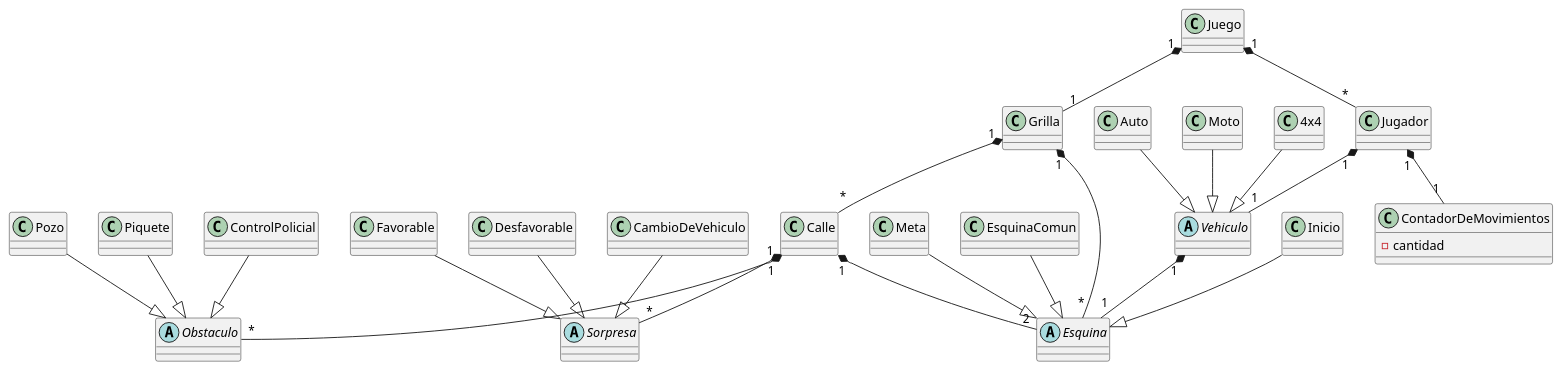
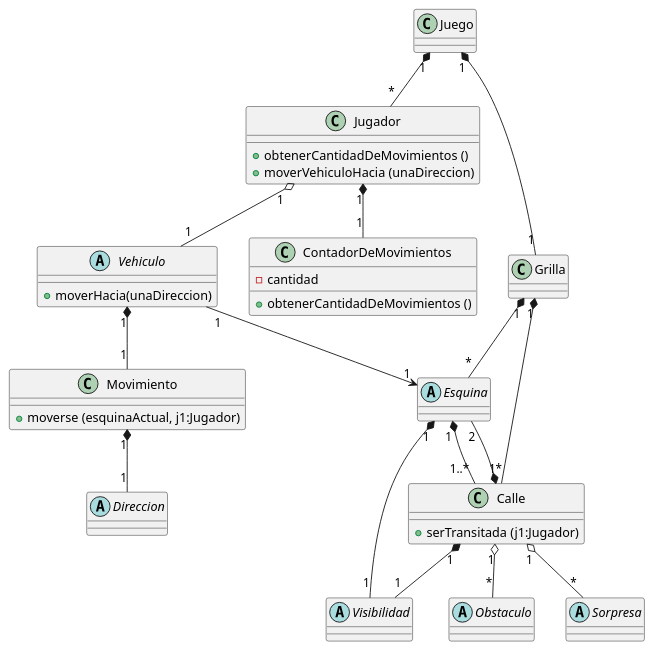
Before and after one commit to FacundoBaez1994/Algo3Tp2: the first of 2 diagrams in diagrams/classes/DiagramaDeClasesGeneral.puml, drawn with PlantUML. The commit also changed 9 other files, not shown here.

Commit message:
Pre-Entrega cero - diagramas UML

```diff
--- a/diagrams/classes/DiagramaDeClasesGeneral.puml
+++ b/diagrams/classes/DiagramaDeClasesGeneral.puml
@@ -1,64 +1,61 @@
 @startuml
 'Una moto atraviesa la grilla sin obstáculos y la cantidad de movimientos es X
-abstract class Vehiculo
-class Moto
-class 4x4
-class Auto
-Moto --|> Vehiculo
-Auto --|> Vehiculo
-4x4 --|> Vehiculo
+abstract class Vehiculo{
++ moverHacia(unaDireccion)
+}
 
-class Jugador
+class Jugador {
+    + obtenerCantidadDeMovimientos ()
+    + moverVehiculoHacia (unaDireccion)
+}
 
 class Grilla
-class Calle
+
+class Calle{
++ serTransitada (j1:Jugador)
+}
+
+class Movimiento {
++ moverse (esquinaActual, j1:Jugador)
+}
 
 abstract class Esquina
-class Inicio
-class Meta
-class EsquinaComun
-Inicio --|> Esquina
-Meta --|> Esquina
-EsquinaComun --|> Esquina
+
+abstract class Direccion
 
 abstract class Obstaculo
-class Pozo
-class Piquete
-class ControlPolicial
-Pozo --|> Obstaculo
-Piquete --|> Obstaculo
-ControlPolicial --|> Obstaculo
 
+abstract class Visibilidad
+Calle "1" *-- "1" Visibilidad
+Esquina "1" *-- "1" Visibilidad
 
 'class Turno
 class Juego
 
 class ContadorDeMovimientos{
 - cantidad
+
++ obtenerCantidadDeMovimientos ()
 }
 
 
 abstract class Sorpresa
-class Favorable
-class Desfavorable
-class CambioDeVehiculo
-Favorable --|> Sorpresa
-Desfavorable --|> Sorpresa
-CambioDeVehiculo --|> Sorpresa
 
 Calle "1" *-- "2" Esquina
+Esquina "1" *-- "1..*" Calle
 Jugador "1" *-- "1" ContadorDeMovimientos
 Juego "1" *-- "*" Jugador
-Calle "1" *-- "*" Sorpresa
-Calle "1" *-- "*" Obstaculo
-Vehiculo "1" *-- "1" Esquina
+Calle "1" o-- "*" Sorpresa
+Calle "1" o-- "*" Obstaculo
+Vehiculo "1" --> "1" Esquina
 Grilla  "1" *-- "*" Esquina
 Grilla  "1" *-- "*" Calle
-'consultar
 Juego "1" *-- "1" Grilla
-Jugador "1" *-- "1" Vehiculo
+Jugador "1" o-- "1" Vehiculo
+Vehiculo "1" *-- "1" Movimiento
+Movimiento "1" *-- "1"Direccion
 
 
 
 
 @endu
```
